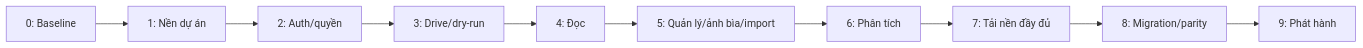
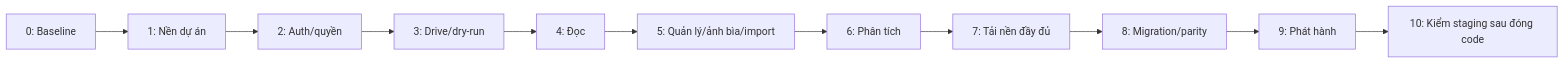
Before and after one commit to hoangtuanhung-lab/BookDownloader: the second of 2 diagrams in PLAN_WEB_APP.md, drawn with Mermaid. The commit also changed other lines of this file and 3 other files, not shown here.

Commit message:
docs: define phase 10 staging validation after local code closure

````diff
--- a/PLAN_WEB_APP.md
+++ b/PLAN_WEB_APP.md
@@ -439,12 +451,13 @@
 ```mermaid
 flowchart LR
     P0["0: Baseline"] --> P1["1: Nền dự án"]
     P1 --> P2["2: Auth/quyền"]
     P2 --> P3["3: Drive/dry-run"]
     P3 --> P4["4: Đọc"]
     P4 --> P5["5: Quản lý/ảnh bìa/import"]
     P5 --> P6["6: Phân tích"]
     P6 --> P7["7: Tải nền đầy đủ"]
     P7 --> P8["8: Migration/parity"]
     P8 --> P9["9: Phát hành"]
+    P9 --> P10["10: Kiểm staging sau đóng code"]
 ```
````
